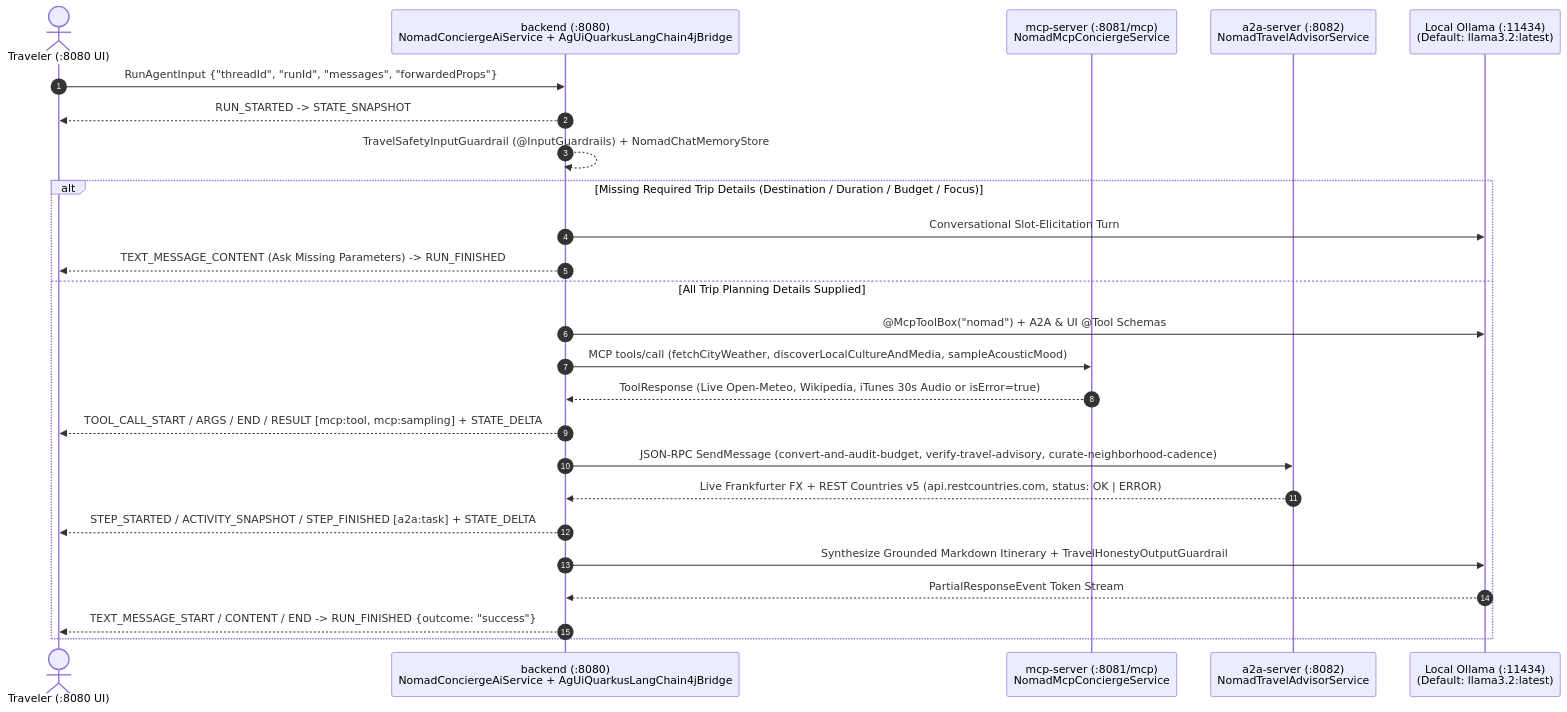
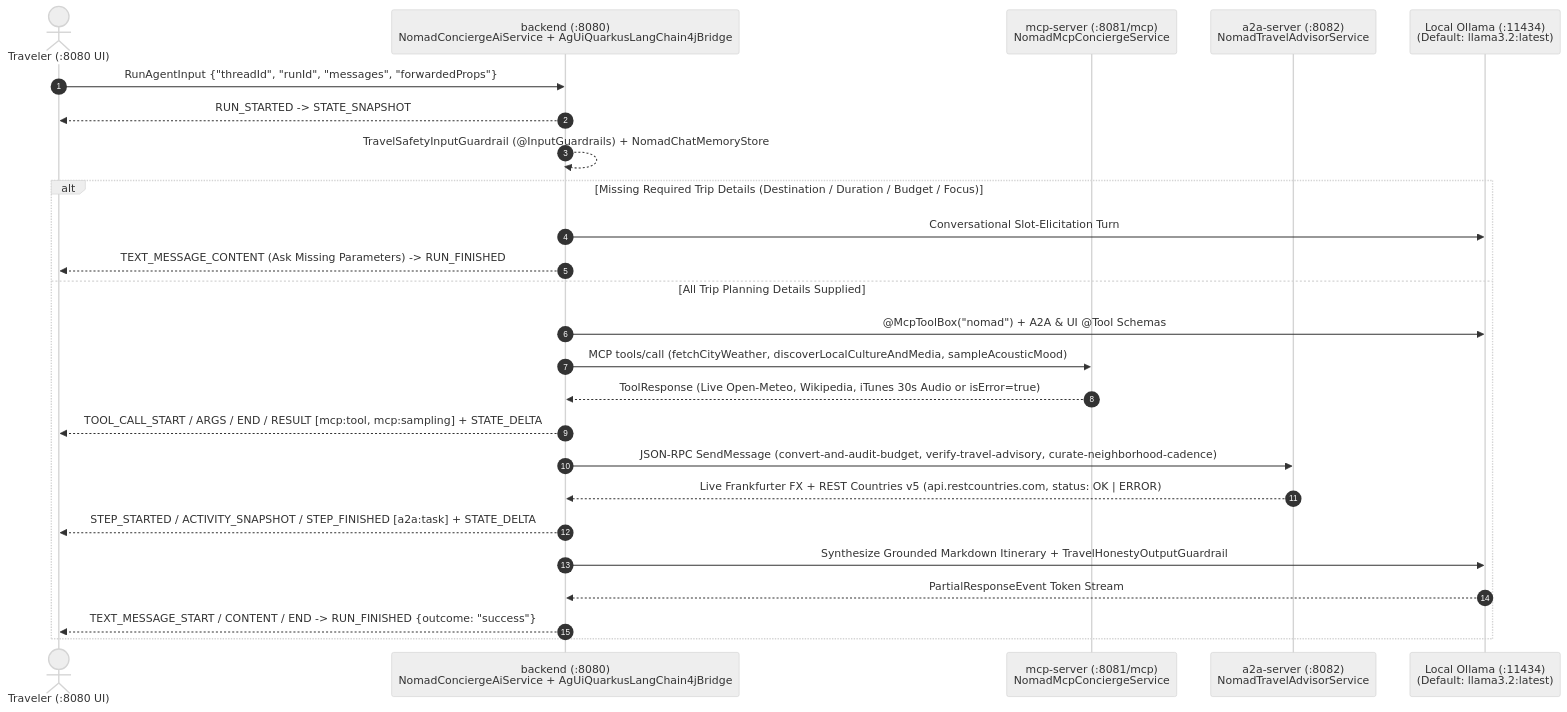
One commit to fmatar/quarkus-agui changed the second of 2 diagrams in examples/quarkus-svelte-skeleton/README.md. Above: the diagram before and after it, drawn with Mermaid. The commit also changed other lines of this file and 14 other files, not shown here.

````diff
--- a/examples/quarkus-svelte-skeleton/README.md
+++ b/examples/quarkus-svelte-skeleton/README.md
@@ -84,28 +85,29 @@
 ```mermaid
+%%{init: {'theme': 'neutral'}}%%
 sequenceDiagram
     autonumber
     actor Traveler as Traveler (:8080 UI)
     participant Orch as backend (:8080)<br/>NomadConciergeAiService + AgUiQuarkusLangChain4jBridge
     participant MCP as mcp-server (:8081/mcp)<br/>NomadMcpConciergeService
     participant A2A as a2a-server (:8082)<br/>NomadTravelAdvisorService
     participant LLM as Local Ollama (:11434)<br/>(Default: llama3.2:latest)
 
     Traveler->>Orch: RunAgentInput {"threadId", "runId", "messages", "forwardedProps"}
     Orch-->>Traveler: RUN_STARTED -> STATE_SNAPSHOT
     Orch-->>Orch: TravelSafetyInputGuardrail (@InputGuardrails) + NomadChatMemoryStore
     alt Missing Required Trip Details (Destination / Duration / Budget / Focus)
         Orch->>LLM: Conversational Slot-Elicitation Turn
         Orch-->>Traveler: TEXT_MESSAGE_CONTENT (Ask Missing Parameters) -> RUN_FINISHED
     else All Trip Planning Details Supplied
         Orch->>LLM: @McpToolBox("nomad") + A2A & UI @Tool Schemas
         Orch->>MCP: MCP tools/call (fetchCityWeather, discoverLocalCultureAndMedia, sampleAcousticMood)
         MCP-->>Orch: ToolResponse (Live Open-Meteo, Wikipedia, iTunes 30s Audio or isError=true)
         Orch-->>Traveler: TOOL_CALL_START / ARGS / END / RESULT [mcp:tool, mcp:sampling] + STATE_DELTA
         Orch->>A2A: JSON-RPC SendMessage (convert-and-audit-budget, verify-travel-advisory, curate-neighborhood-cadence)
         A2A-->>Orch: Live Frankfurter FX + REST Countries v5 (api.restcountries.com, status: OK | ERROR)
         Orch-->>Traveler: STEP_STARTED / ACTIVITY_SNAPSHOT / STEP_FINISHED [a2a:task] + STATE_DELTA
         Orch->>LLM: Synthesize Grounded Markdown Itinerary + TravelHonestyOutputGuardrail
         LLM-->>Orch: PartialResponseEvent Token Stream
         Orch-->>Traveler: TEXT_MESSAGE_START / CONTENT / END -> RUN_FINISHED {outcome: "success"}
     end
 ```
````
